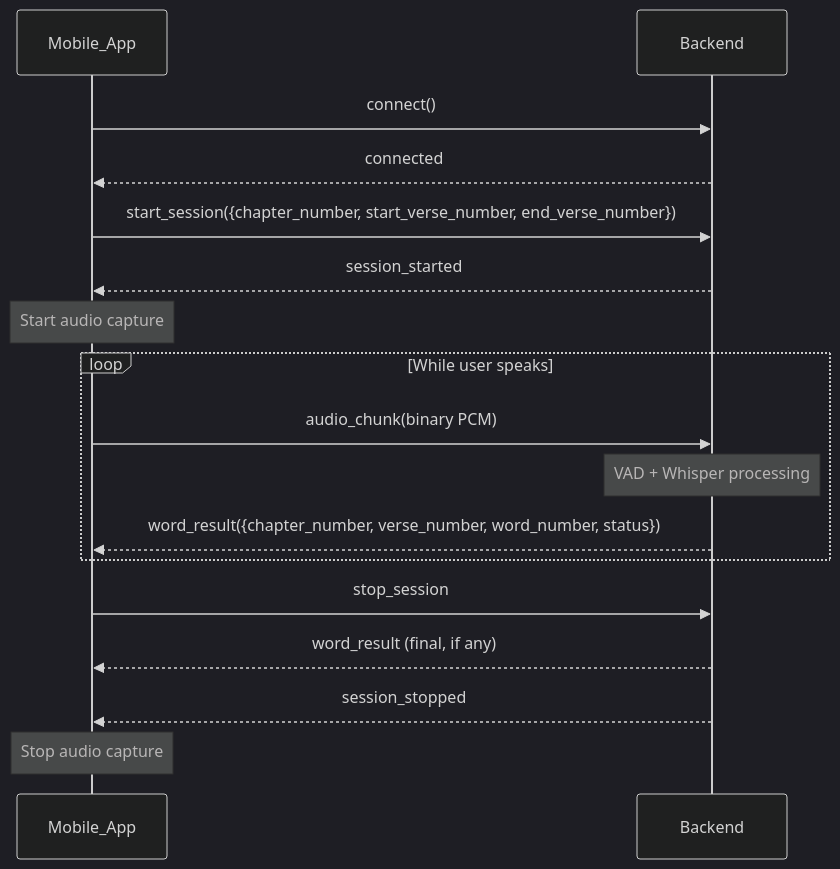
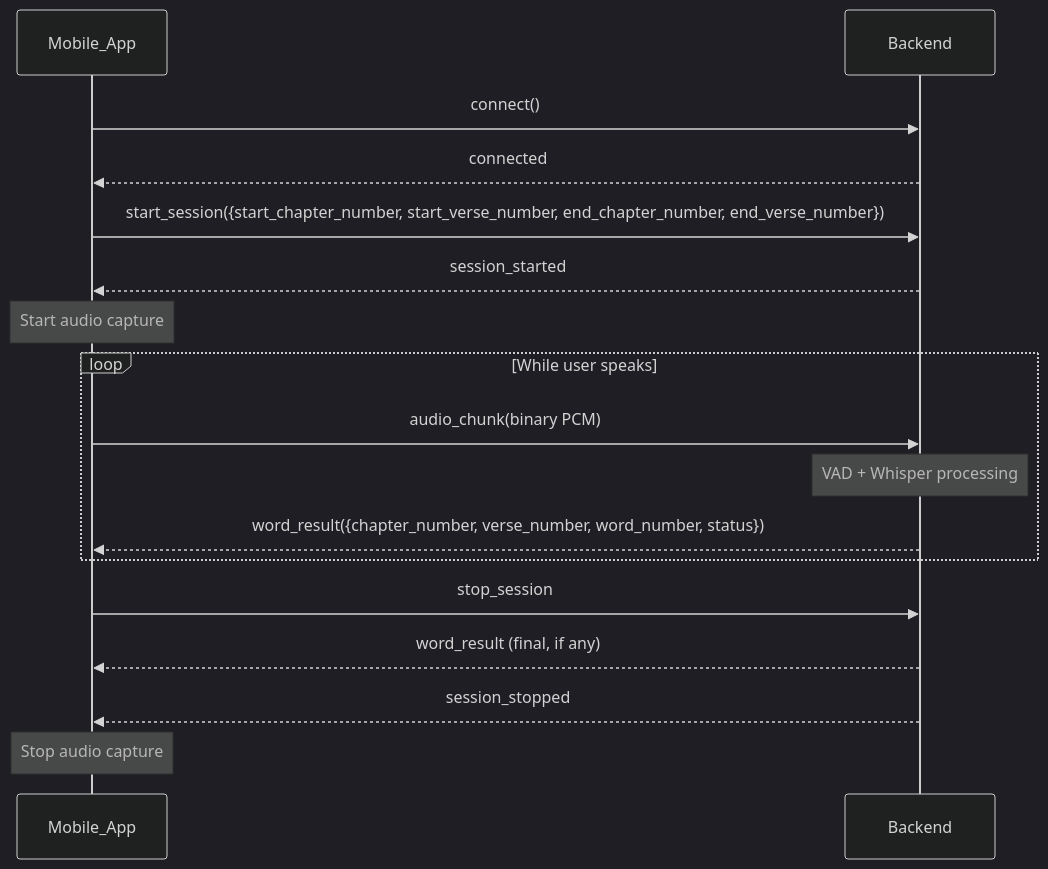
Before and after one commit to basemkhirat/pyquran2: the first of 9 diagrams in guide/reference/sequence-diagram.md, drawn with Mermaid (dark theme). The commit also changed other lines of this file and 13 other files, not shown here.

First line of the commit message:
Refactor verse handling to support chapter and verse ranges

````diff
--- a/guide/reference/sequence-diagram.md
+++ b/guide/reference/sequence-diagram.md
@@ -9,25 +9,25 @@
 ```mermaid
 sequenceDiagram
     participant App as Mobile_App
     participant Server as Backend
 
     App->>Server: connect()
     Server-->>App: connected
 
-    App->>Server: start_session({chapter_number, start_verse_number, end_verse_number})
+    App->>Server: start_session({start_chapter_number, start_verse_number, end_chapter_number, end_verse_number})
     Server-->>App: session_started
 
     Note over App: Start audio capture
 
     loop While user speaks
         App->>Server: audio_chunk(binary PCM)
         Note over Server: VAD + Whisper processing
         Server-->>App: word_result({chapter_number, verse_number, word_number, status})
     end
 
     App->>Server: stop_session
     Server-->>App: word_result (final, if any)
     Server-->>App: session_stopped
 
     Note over App: Stop audio capture
 ```
````
